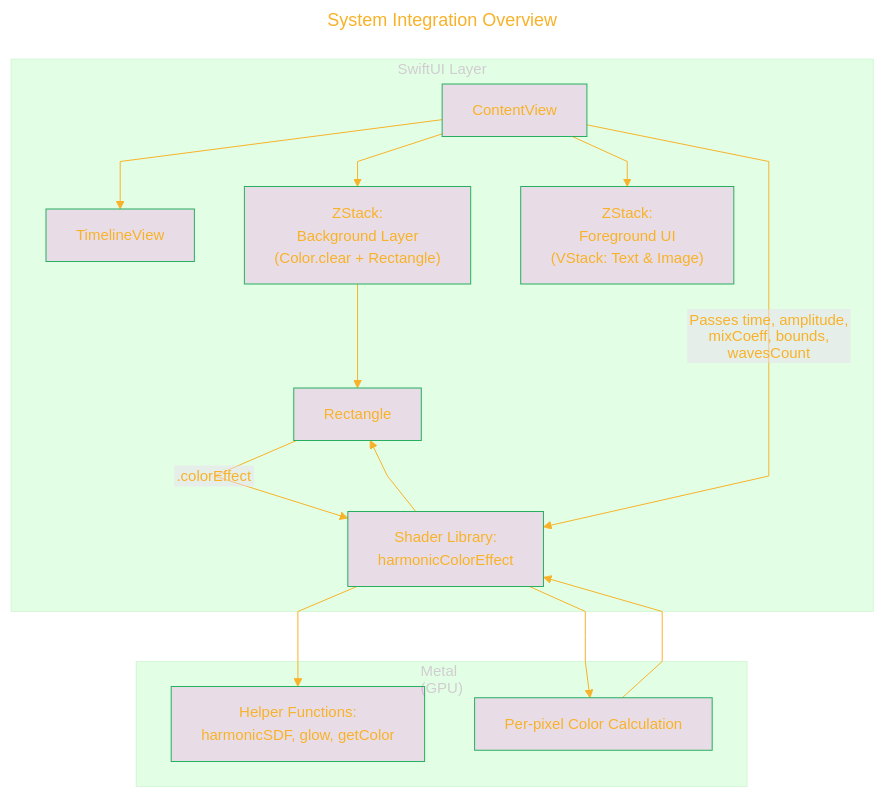
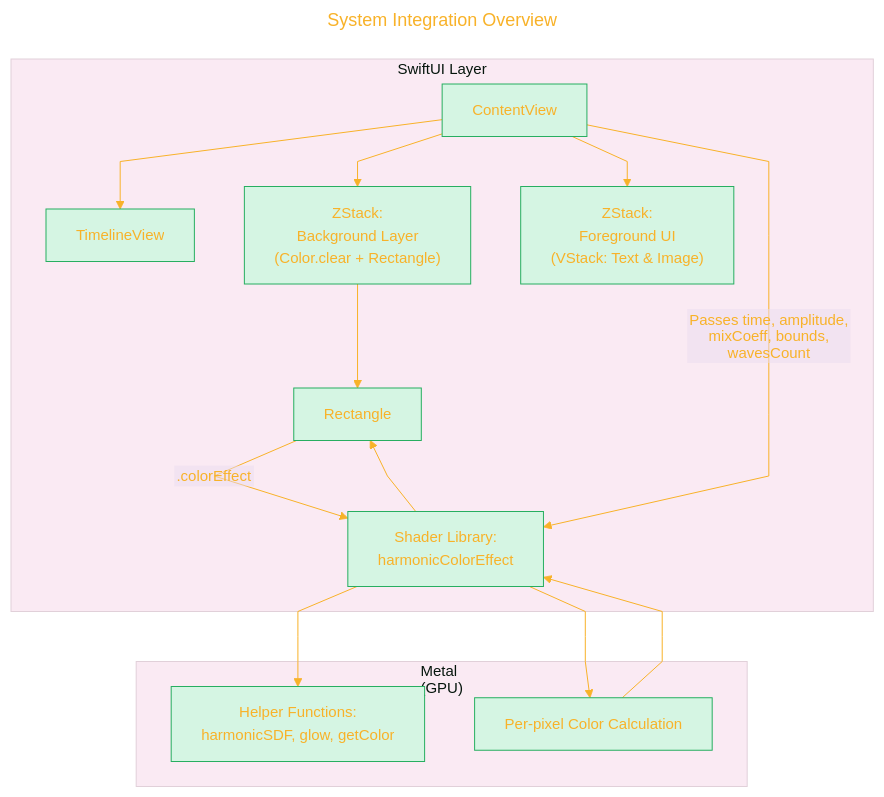
One commit to CongLeSolutionX/Harmonic_Shaders changed the first of 8 diagrams in DOCUMENTATION_Draft_2.md. Above: the diagram before and after it, drawn with Mermaid. The commit also changed other lines of this file, not shown here.

````diff
--- a/DOCUMENTATION_Draft_2.md
+++ b/DOCUMENTATION_Draft_2.md
@@ -33,47 +33,47 @@
 ```mermaid
 ---
 title: "System Integration Overview"
 author: "Cong Le"
 version: "1.0"
 license(s): "MIT, CC BY 4.0"
 copyright: "Copyright (c) 2025 Cong Le. All Rights Reserved."
 config:
   layout: dagre
   theme: base
 ---
 %%%%%%%% Mermaid version v11.4.1-b.14
 %%%%%%%% Available curve styles include the following keywords:
 %% basis, bumpX, bumpY, cardinal, catmullRom, linear, monotoneX, monotoneY, natural, step, stepAfter, stepBefore.
 %%{
   init: {
     'flowchart': { 'htmlLabels': false, 'curve': 'linear' },
     'fontFamily': 'Monaco',
     'themeVariables': {
-      'primaryColor': '#F5E3',
+      'primaryColor': '#D5F5E3',
       'primaryTextColor': '#F8B229',
       'lineColor': '#F8B229',
       'primaryBorderColor': '#27AE60',
       'secondaryColor': '#EBDEF0',
       'secondaryTextColor': '#6C3483',
       'secondaryBorderColor': '#A569BD',
       'fontSize': '15px'
     }
   }
 }%%
 flowchart TD
     subgraph SwiftUI_Layer["SwiftUI Layer"]
         CV["ContentView"] --> TV["TimelineView"]
         CV --> BG["ZStack:<br/>Background Layer<br/>(Color.clear + Rectangle)"]
         BG --> RE["Rectangle"]
         RE --".colorEffect"--> SH["Shader Library:<br/>harmonicColorEffect"]
         CV --> FG["ZStack:<br/>Foreground UI<br/>(VStack: Text & Image)"]
     end
     subgraph Metal_Layer["Metal<br/>(GPU)"]
         SH --> HF["Helper Functions:<br/>harmonicSDF, glow, getColor"]
         SH --> PC["Per-pixel Color Calculation"]
     end
     CV -- Passes time, amplitude,<br/> mixCoeff, bounds, wavesCount --> SH
     PC --> SH
     SH --> RE
     
 ```
````
